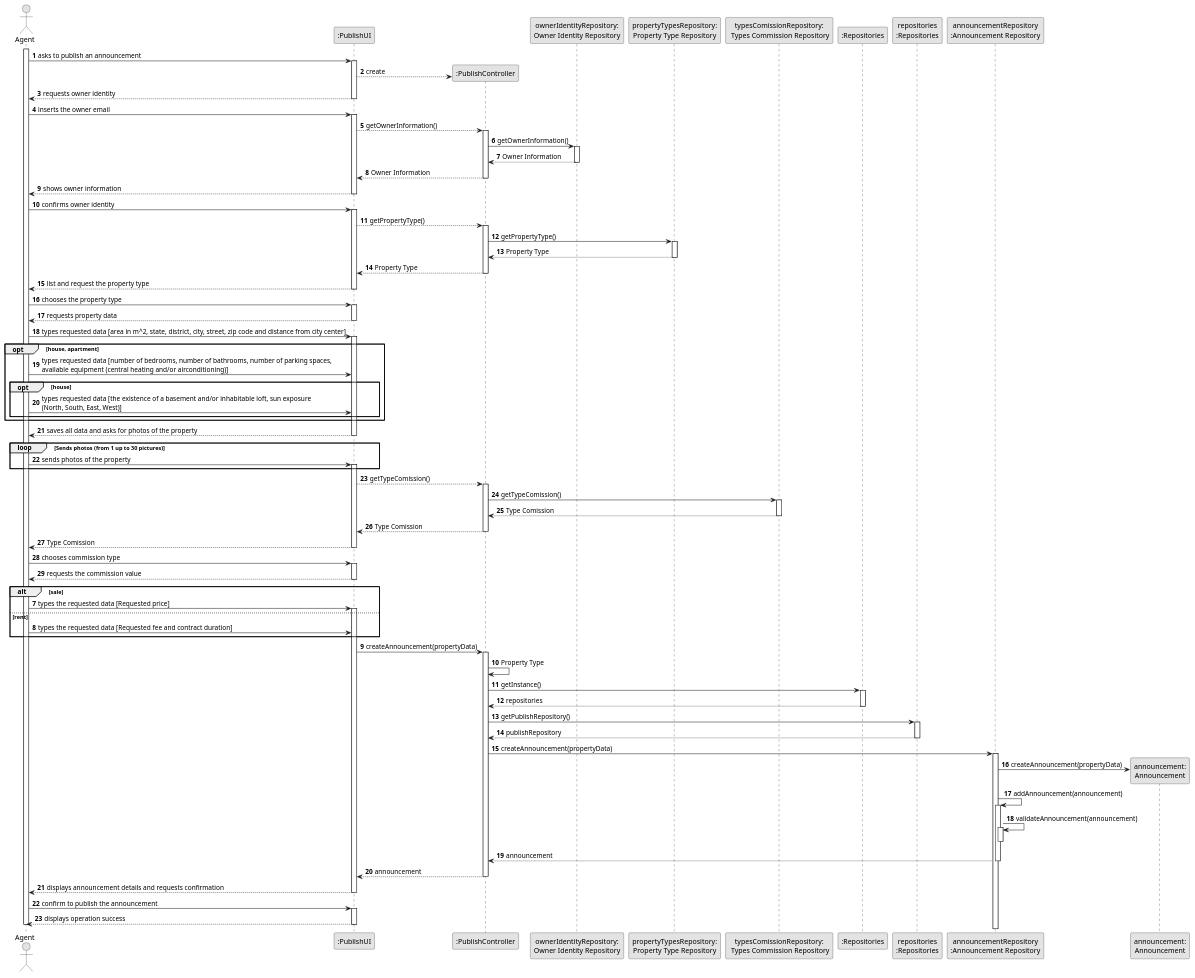
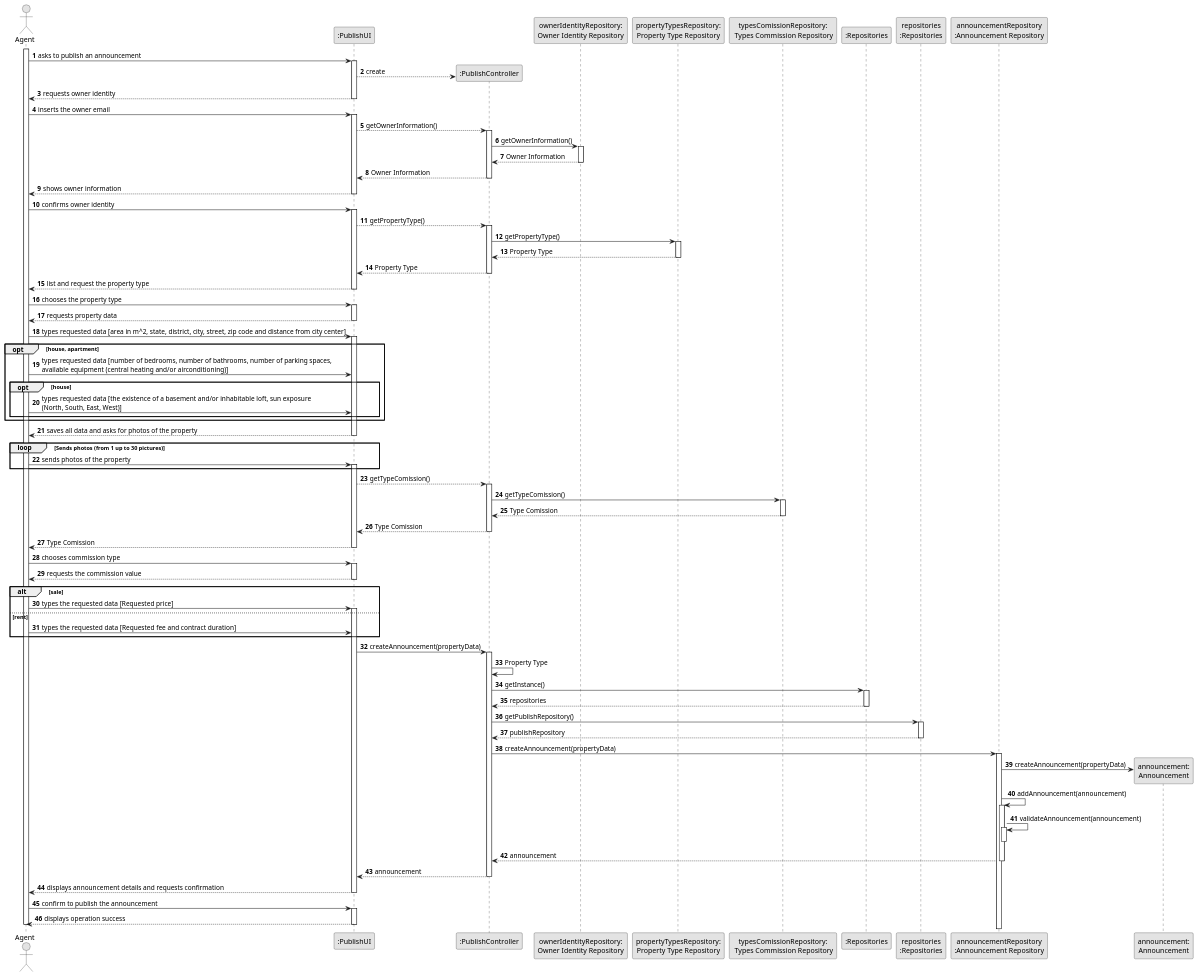
The diagram in docs/sprintB/US02/03.design/puml/us02-sequence-diagram-full.puml (PureNimble/ISEP-LAPR2), drawn with PlantUML before and after one commit.

Commit message:
Sequence Diagram Number Correction (full)

```diff
--- a/docs/sprintB/US02/03.design/puml/us02-sequence-diagram-full.puml
+++ b/docs/sprintB/US02/03.design/puml/us02-sequence-diagram-full.puml
@@ -1,181 +1,181 @@
 @startuml
 skinparam monochrome true
 skinparam packageStyle rectangle
 skinparam shadowing false
 
 autonumber
 
 'hide footbox
 actor "Agent" as Agent
 participant ":PublishUI" as UI
 participant ":PublishController" as CTRL
 participant "ownerIdentityRepository:\nOwner Identity Repository" as OwnerRepository
 participant "propertyTypesRepository:\nProperty Type Repository" as PropertyTypeRepository
 participant "typesComissionRepository:\n Types Commission Repository" as typesComissionRepository
 participant ":Repositories" as Repository
 participant "repositories\n:Repositories" as Repository2
 participant "announcementRepository\n:Announcement Repository" as announcementRepository
 participant "announcement:\nAnnouncement" as announcement
 
 activate Agent
 
         Agent -> UI : asks to publish an announcement
 
         activate UI
 
             UI --> CTRL** : create
             UI --> Agent : requests owner identity
                     deactivate UI
 
 
 
     Agent -> UI : inserts the owner email
     activate UI
 
             UI --> CTRL : getOwnerInformation()
 
                 activate CTRL
 
                     CTRL -> OwnerRepository : getOwnerInformation()
 
                         activate OwnerRepository
 
                     OwnerRepository --> CTRL : Owner Information
 
                        deactivate OwnerRepository
 
             CTRL --> UI : Owner Information
 
                 deactivate CTRL
 
 
             UI --> Agent : shows owner information
         deactivate UI
 
     Agent -> UI : confirms owner identity
         activate UI
 
             UI --> CTRL : getPropertyType()
             activate CTRL
 
                 CTRL -> PropertyTypeRepository : getPropertyType()
                 activate PropertyTypeRepository
 
                 PropertyTypeRepository --> CTRL : Property Type
                 deactivate PropertyTypeRepository
 
             CTRL --> UI : Property Type
             deactivate CTRL
 
             UI --> Agent : list and request the property type
         deactivate UI
 
     Agent -> UI : chooses the property type
     activate UI
 
         UI --> Agent : requests property data
     deactivate UI
 
     Agent -> UI : types requested data [area in m^2, state, district, city, street, zip code and distance from city center]
             activate UI
 
         opt house, apartment
             autonumber 19
             Agent -> UI : types requested data [number of bedrooms, number of bathrooms, number of parking spaces, \navailable equipment (central heating and/or airconditioning)]
 
             opt house
                 autonumber 20
                 Agent -> UI : types requested data [the existence of a basement and/or inhabitable loft, sun exposure \n(North, South, East, West)]
             end
         end
 
 UI ---> Agent : saves all data and asks for photos of the property
         deactivate UI
 
     loop Sends photos (from 1 up to 30 pictures)
 
         Agent -> UI : sends photos of the property
             activate UI
         end
 
            UI --> CTRL : getTypeComission()
            activate CTRL
 
                 CTRL -> typesComissionRepository : getTypeComission()
                 activate typesComissionRepository
 
                 typesComissionRepository --> CTRL : Type Comission
                 deactivate typesComissionRepository
 
            CTRL --> UI : Type Comission
            deactivate CTRL
 
 
         UI --> Agent: Type Comission
     deactivate UI
 
     Agent -> UI : chooses commission type
         activate UI
 
         UI --> Agent : requests the commission value
             deactivate UI
 
     alt sale
 
-            autonumber 7
+            autonumber 30
 
             Agent -> UI : types the requested data [Requested price]
                 activate UI
 
             else rent
 
                 Agent -> UI : types the requested data [Requested fee and contract duration]
 
         end
 
 
         UI -> CTRL : createAnnouncement(propertyData)
                         activate CTRL
 
                         CTRL -> CTRL : Property Type
 
                                 CTRL -> Repository : getInstance()
                                 activate Repository
 
                                     Repository --> CTRL: repositories
                                 deactivate Repository
 
                                 CTRL -> Repository2 : getPublishRepository()
                                 activate Repository2
 
                                     Repository2 --> CTRL : publishRepository
                                 deactivate Repository2
 
                                 CTRL -> announcementRepository : createAnnouncement(propertyData)
                                 activate announcementRepository
 
                                        announcementRepository -> announcement** : createAnnouncement(propertyData)
                                        announcementRepository -> announcementRepository : addAnnouncement(announcement)
 
                                        activate announcementRepository
                                        announcementRepository -> announcementRepository : validateAnnouncement(announcement)
                                        activate announcementRepository
                                        deactivate announcementRepository
 
                                 announcementRepository --> CTRL : announcement
                                 deactivate announcementRepository
 
             CTRL --> UI : announcement
             deactivate CTRL
 
             UI --> Agent : displays announcement details and requests confirmation
             deactivate UI
 
     Agent -> UI : confirm to publish the announcement
             activate UI
 
             UI --> Agent : displays operation success
             deactivate UI
 deactivate Agent
 
 @enduml
```
